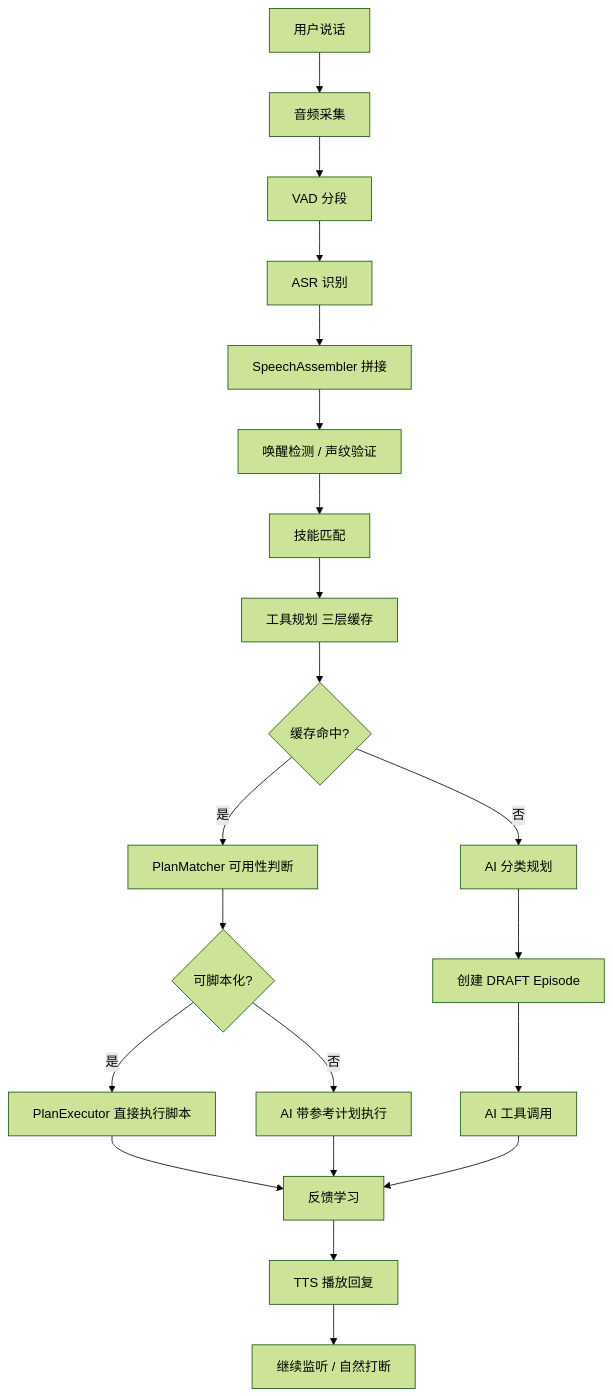
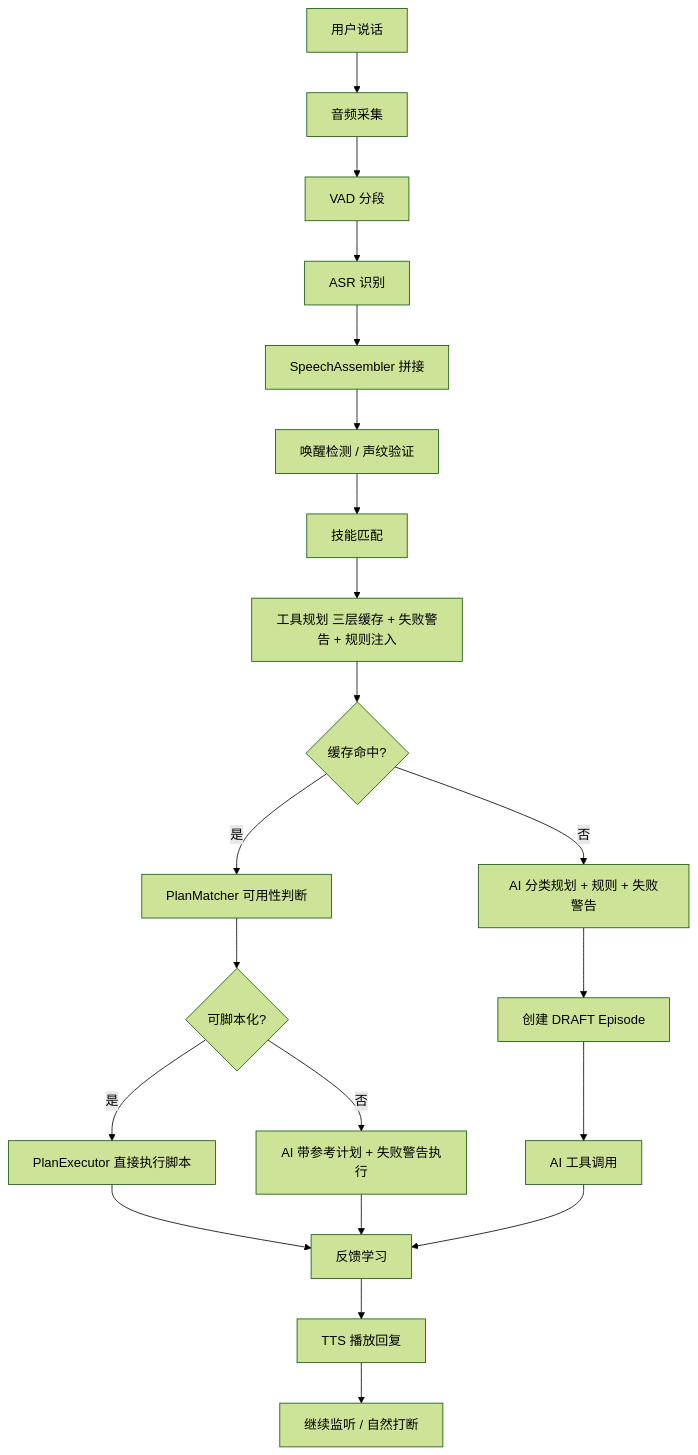
One commit to lingdehui/myhelper changed the diagram in docs/03-核心执行流程.md. Above: the diagram before and after it, drawn with Mermaid (forest theme). The commit also changed other lines of this file and 31 other files, not shown here.

````diff
--- a/docs/03-核心执行流程.md
+++ b/docs/03-核心执行流程.md
@@ -7,23 +7,23 @@
 ```mermaid
 flowchart TD
     A[用户说话] --> B[音频采集]
     B --> C[VAD 分段]
     C --> D[ASR 识别]
     D --> E[SpeechAssembler 拼接]
     E --> F[唤醒检测 / 声纹验证]
     F --> G[技能匹配]
-    G --> H[工具规划 三层缓存]
+    G --> H[工具规划 三层缓存 + 失败警告 + 规则注入]
     H --> I{缓存命中?}
     I -- 是 --> J[PlanMatcher 可用性判断]
     J --> K{可脚本化?}
     K -- 是 --> L[PlanExecutor 直接执行脚本]
-    K -- 否 --> M[AI 带参考计划执行]
-    I -- 否 --> N[AI 分类规划]
+    K -- 否 --> M[AI 带参考计划 + 失败警告执行]
+    I -- 否 --> N[AI 分类规划 + 规则 + 失败警告]
     N --> O[创建 DRAFT Episode]
     O --> P[AI 工具调用]
     L --> Q[反馈学习]
     M --> Q
     P --> Q
     Q --> R[TTS 播放回复]
     R --> S[继续监听 / 自然打断]
 ```
````
